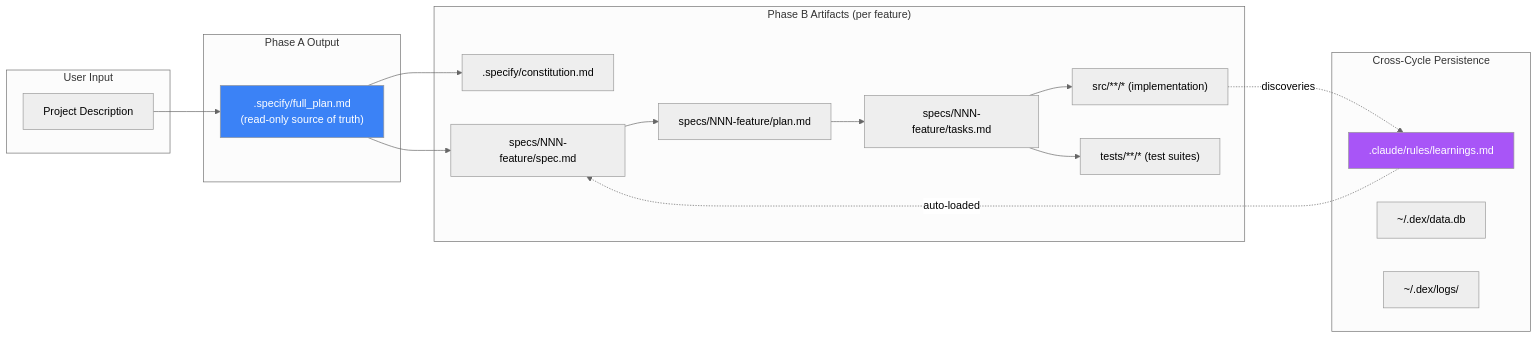
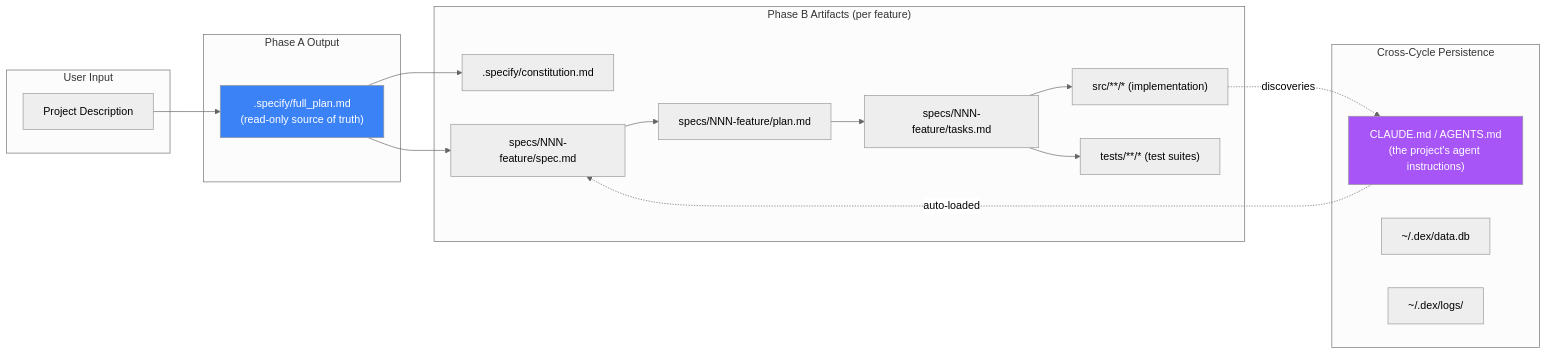
Before and after one commit to lukaskellerstein/dex: the ninth of 11 diagrams in docs/SOLUTION.md, drawn with Mermaid (neutral theme). The commit also changed other lines of this file and 217 other files, not shown here.

````diff
--- a/docs/SOLUTION.md
+++ b/docs/SOLUTION.md
@@ -388,38 +393,38 @@
 ```mermaid
 flowchart LR
     subgraph "User Input"
         DESC[Project Description]
     end
 
     subgraph "Phase A Output"
         FP[".specify/full_plan.md\n(read-only source of truth)"]
     end
 
     subgraph "Phase B Artifacts (per feature)"
         CONST[".specify/constitution.md"]
         SPEC["specs/NNN-feature/spec.md"]
         PLAN["specs/NNN-feature/plan.md"]
         TASKS["specs/NNN-feature/tasks.md"]
         CODE["src/**/* (implementation)"]
         TESTS["tests/**/* (test suites)"]
     end
 
     subgraph "Cross-Cycle Persistence"
-        LEARN[".claude/rules/learnings.md"]
+        LEARN["CLAUDE.md / AGENTS.md\n(the project's agent instructions)"]
         DBFILE["~/.dex/data.db"]
         LOGS["~/.dex/logs/"]
     end
 
     DESC --> FP
     FP --> CONST
     FP --> SPEC
     SPEC --> PLAN
     PLAN --> TASKS
     TASKS --> CODE
     TASKS --> TESTS
     CODE -.->|discoveries| LEARN
     LEARN -.->|auto-loaded| SPEC
 
     style FP fill:#3b82f6,color:#fff
     style LEARN fill:#a855f7,color:#fff
 ```
````
